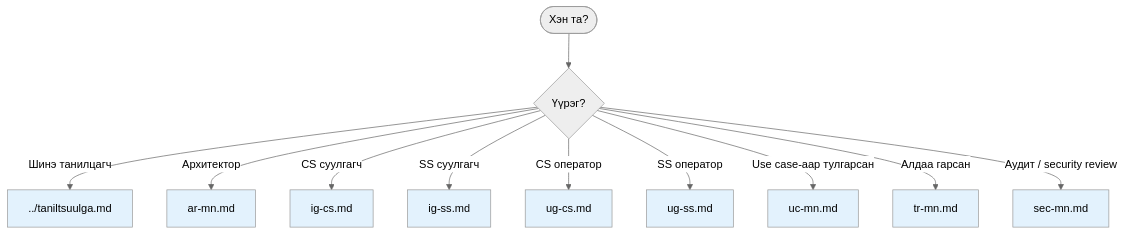
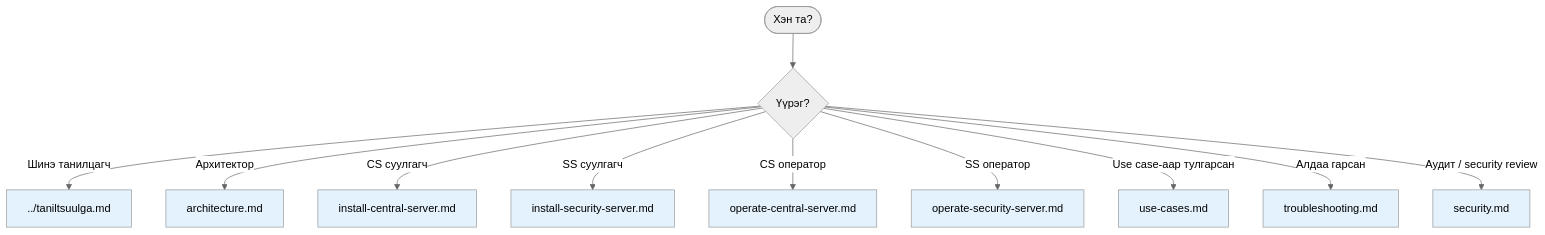
Before and after one commit to geregedevops/xroad-mongolia-mn: the first of 2 diagrams in docs/guides/README.md, drawn with Mermaid (neutral theme). The commit also changed other lines of this file and 10 other files, not shown here.

````diff
--- a/docs/guides/README.md
+++ b/docs/guides/README.md
@@ -7,17 +7,17 @@
 ```mermaid
 flowchart TB
     AUDIENCE([Хэн та?]) --> ROLE{Үүрэг?}
 
     ROLE -->|Шинэ танилцагч| ENTRY[../taniltsuulga.md]
-    ROLE -->|Архитектор| AR[ar-mn.md]
-    ROLE -->|CS суулгагч| IG_CS[ig-cs.md]
-    ROLE -->|SS суулгагч| IG_SS[ig-ss.md]
-    ROLE -->|CS оператор| UG_CS[ug-cs.md]
-    ROLE -->|SS оператор| UG_SS[ug-ss.md]
-    ROLE -->|Use case-аар тулгарсан| UC[uc-mn.md]
-    ROLE -->|Алдаа гарсан| TR[tr-mn.md]
-    ROLE -->|Аудит / security review| SEC[sec-mn.md]
+    ROLE -->|Архитектор| AR[architecture.md]
+    ROLE -->|CS суулгагч| IG_CS[install-central-server.md]
+    ROLE -->|SS суулгагч| IG_SS[install-security-server.md]
+    ROLE -->|CS оператор| UG_CS[operate-central-server.md]
+    ROLE -->|SS оператор| UG_SS[operate-security-server.md]
+    ROLE -->|Use case-аар тулгарсан| UC[use-cases.md]
+    ROLE -->|Алдаа гарсан| TR[troubleshooting.md]
+    ROLE -->|Аудит / security review| SEC[security.md]
 
     classDef doc fill:#E3F2FD
     class ENTRY,AR,IG_CS,IG_SS,UG_CS,UG_SS,UC,TR,SEC doc
 ```
````
